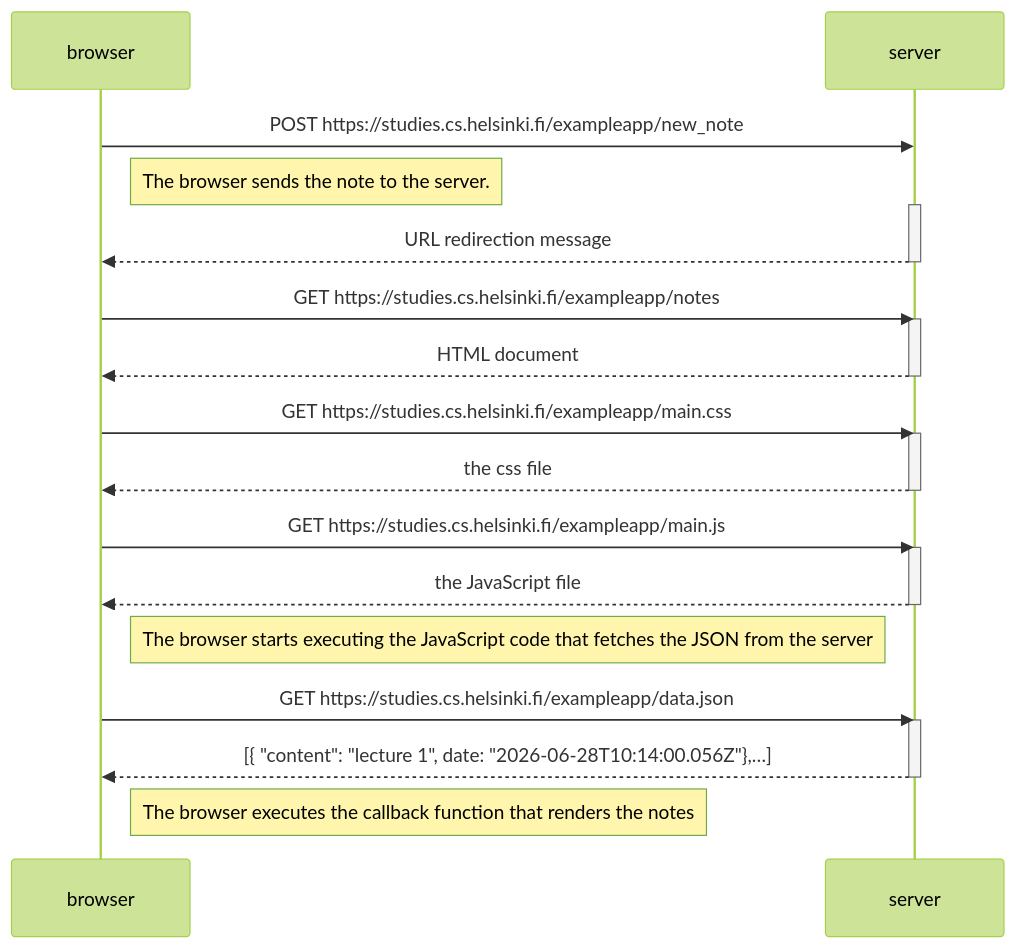
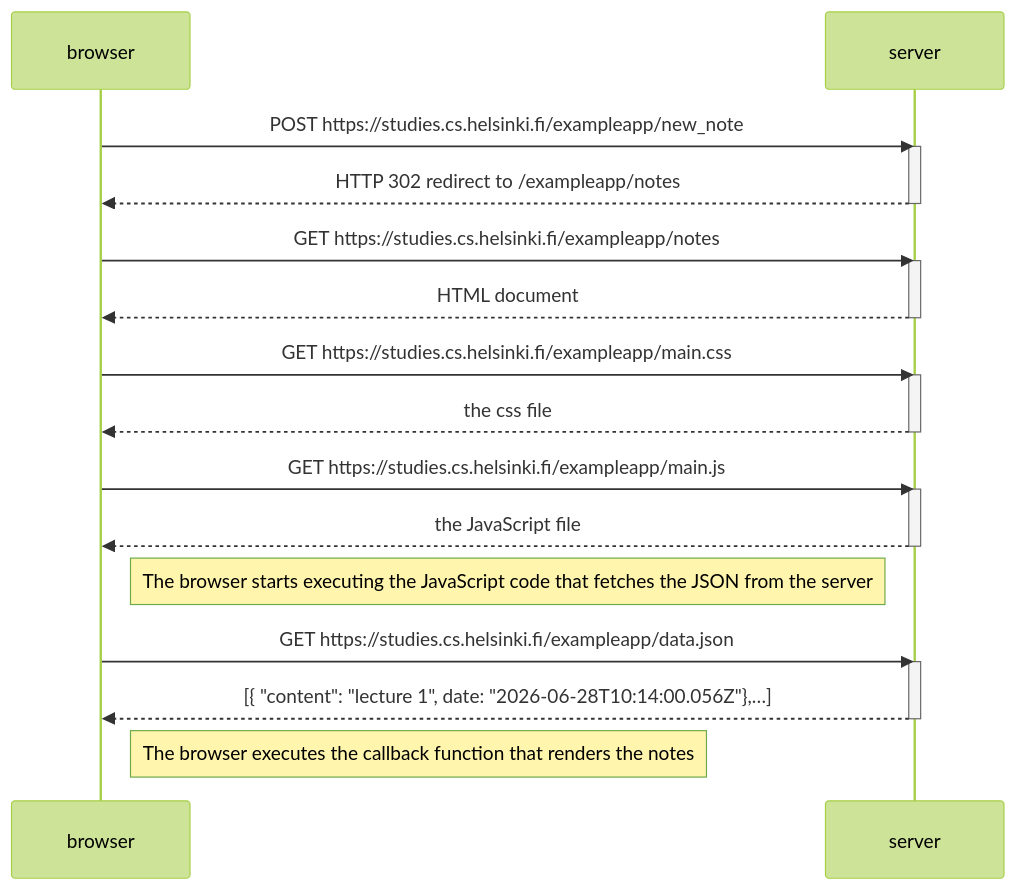
The diagram in part_0/04.md (GizmoLD/FullStackOpen), drawn with Mermaid (forest theme) before and after one commit.

````diff
--- a/part_0/04.md
+++ b/part_0/04.md
@@ -1,40 +1,37 @@
 ```mermaid
 sequenceDiagram
     participant browser
     participant server
 
     browser->>server: POST https://studies.cs.helsinki.fi/exampleapp/new_note
-
-    Note right of browser: The browser sends the note to the server.
-
     activate server
-    server-->>browser: URL redirection message
+    server-->>browser: HTTP 302 redirect to /exampleapp/notes
     deactivate server
 
     participant browser
     participant server
 
     browser->>server: GET https://studies.cs.helsinki.fi/exampleapp/notes
     activate server
     server-->>browser: HTML document
     deactivate server
 
     browser->>server: GET https://studies.cs.helsinki.fi/exampleapp/main.css
     activate server
     server-->>browser: the css file
     deactivate server
 
     browser->>server: GET https://studies.cs.helsinki.fi/exampleapp/main.js
     activate server
     server-->>browser: the JavaScript file
     deactivate server
 
     Note right of browser: The browser starts executing the JavaScript code that fetches the JSON from the server
 
     browser->>server: GET https://studies.cs.helsinki.fi/exampleapp/data.json
     activate server
     server-->>browser: [{ "content": "lecture 1", date: "2026-06-28T10:14:00.056Z"},…]
     deactivate server
 
     Note right of browser: The browser executes the callback function that renders the notes
 ```
````
